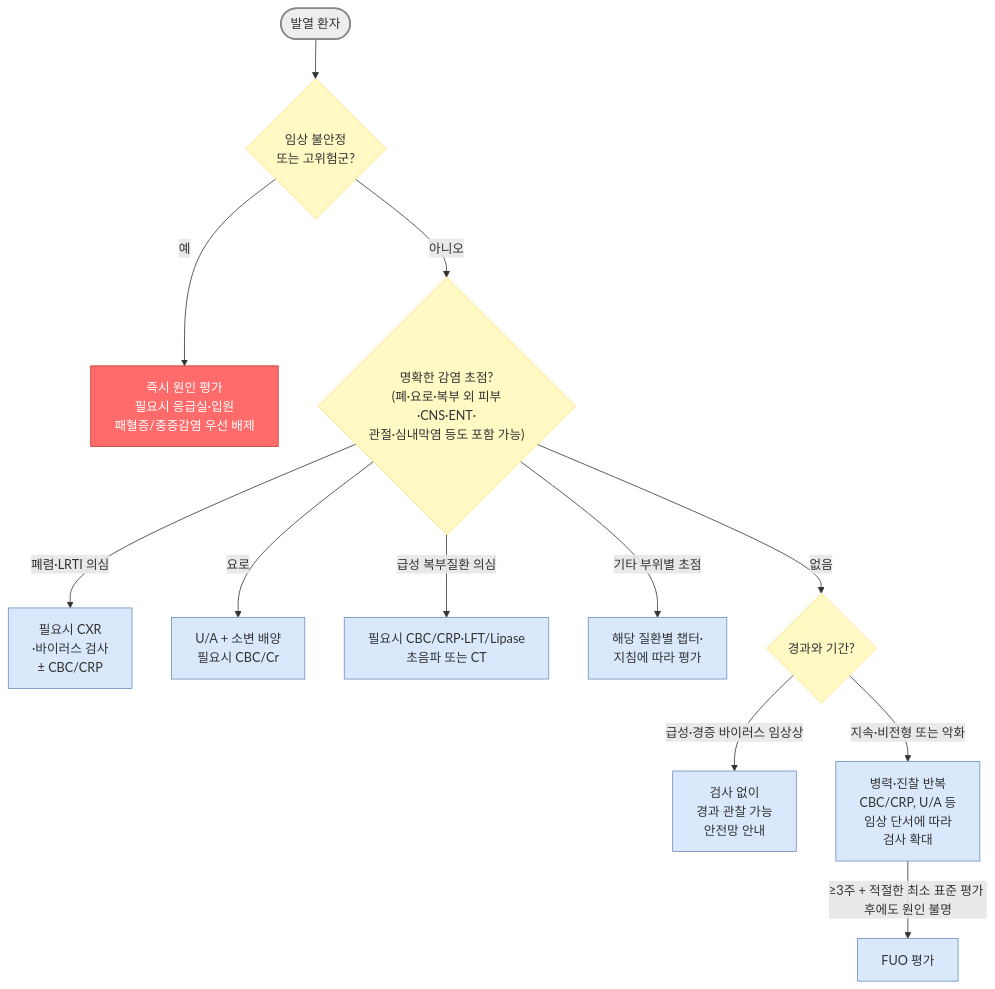
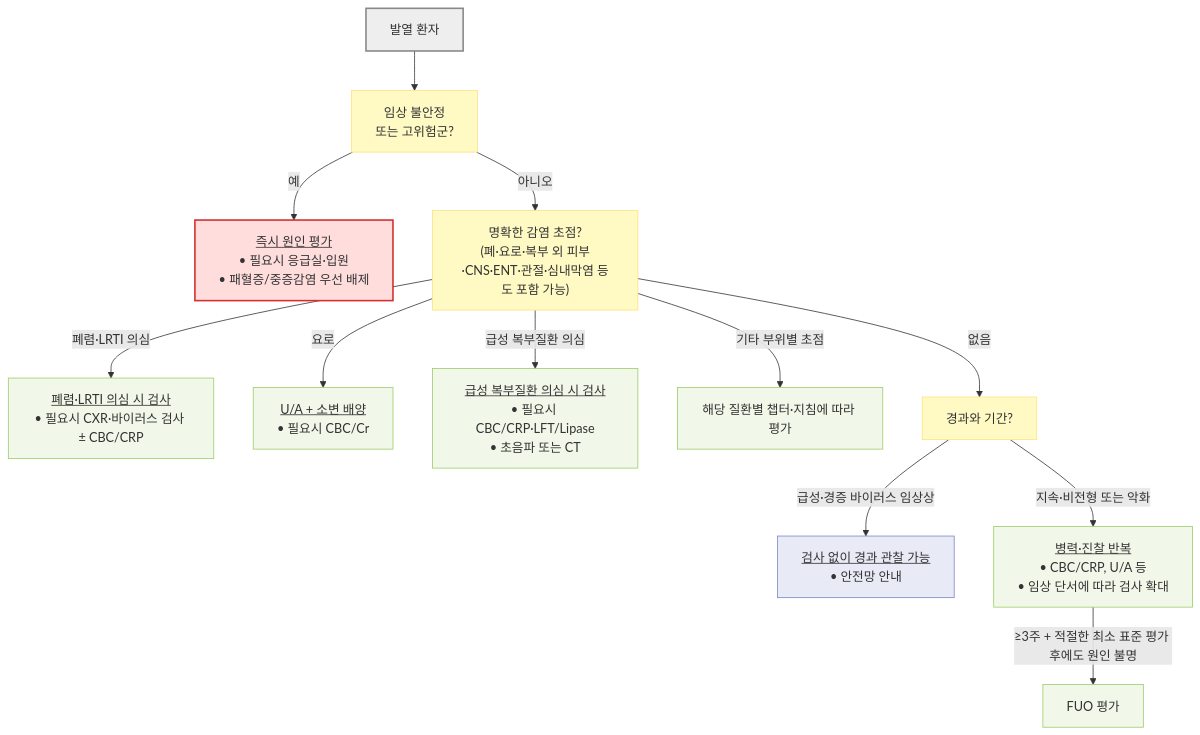
The first of 2 diagrams in 220_/011_-fever.md (familyoh77/familyoh77), drawn with Mermaid before and after one commit. The commit also changed other lines of this file and 13 other files, not shown here.

````diff
--- a/220_/011_-fever.md
+++ b/220_/011_-fever.md
@@ -128,38 +128,25 @@
 ```mermaid
 flowchart TD
-    A([발열 환자]) --> B{"`임상 불안정
-또는 고위험군?`"}
-    B -- "예" --> C["`즉시 원인 평가
-필요시 응급실·입원
-패혈증/중증감염 우선 배제`"]
-    B -- "아니오" --> D{"`명확한 감염 초점?
-(폐·요로·복부 외 피부·CNS·ENT·
-관절·심내막염 등도 포함 가능)`"}
-    D -- "폐렴·LRTI 의심" --> E["`필요시 CXR
-·바이러스 검사
-± CBC/CRP`"]
-    D -- "요로" --> F["`U/A + 소변 배양
-필요시 CBC/Cr`"]
-    D -- "급성 복부질환 의심" --> G["`필요시 CBC/CRP·LFT/Lipase
-초음파 또는 CT`"]
-    D -- "기타 부위별 초점" --> G2["`해당 질환별 챕터·
-지침에 따라 평가`"]
-    D -- "없음" --> H{"경과와 기간?"}
-    H -- "급성·경증 바이러스 임상상" --> I["`검사 없이 
-경과 관찰 가능
-안전망 안내`"]
-    H -- "지속·비전형 또는 악화" --> J["`병력·진찰 반복
-CBC/CRP, U/A 등
-임상 단서에 따라 
-검사 확대`"]
+    A["발열 환자"] --> B["임상 불안정<br/>또는 고위험군?"]
+    B -- "예" --> C["<u>즉시 원인 평가</u><br/>• 필요시 응급실·입원<br/>• 패혈증/중증감염 우선 배제"]
+    B -- "아니오" --> D["명확한 감염 초점?<br/>(폐·요로·복부 외 피부·CNS·ENT·관절·심내막염 등도 포함 가능)"]
+    D -- "폐렴·LRTI 의심" --> E["<u>폐렴·LRTI 의심 시 검사</u><br/>• 필요시 CXR·바이러스 검사 ± CBC/CRP"]
+    D -- "요로" --> F["<u>U/A + 소변 배양</u><br/>• 필요시 CBC/Cr"]
+    D -- "급성 복부질환 의심" --> G["<u>급성 복부질환 의심 시 검사</u><br/>• 필요시 CBC/CRP·LFT/Lipase<br/>• 초음파 또는 CT"]
+    D -- "기타 부위별 초점" --> G2["해당 질환별 챕터·지침에 따라 평가"]
+    D -- "없음" --> H["경과와 기간?"]
+    H -- "급성·경증 바이러스 임상상" --> I["<u>검사 없이 경과 관찰 가능</u><br/>• 안전망 안내"]
+    H -- "지속·비전형 또는 악화" --> J["<u>병력·진찰 반복</u><br/>• CBC/CRP, U/A 등<br/>• 임상 단서에 따라 검사 확대"]
     J -- "≥3주 + 적절한 최소 표준 평가 후에도 원인 불명" --> K["FUO 평가"]
-    classDef start  fill:#eeeeee,stroke:#888888,stroke-width:2px
-    classDef red    fill:#ff6b6b,stroke:#c0392b,color:#fff
-    classDef yellow fill:#fff9c4,stroke:#ffe082
-    classDef blue fill:#dae8fc,stroke:#6c8ebf
+
+    classDef start fill:#eeeeee,stroke:#888888,stroke-width:2px
+    classDef question fill:#fff9c4,stroke:#ffe082
+    classDef emergency fill:#ffdddd,stroke:#d32f2f,stroke-width:2px
+    classDef evaluation fill:#f1f8e9,stroke:#9ccc65
+    classDef followup fill:#e8eaf6,stroke:#7986cb
     class A start
-    class C red
-    class E,F,G,G2,I,J,K blue
-    class B,D,H yellow
-
+    class B,D,H question
+    class C emergency
+    class E,F,G,G2,J,K evaluation
+    class I followup
 ```
````
